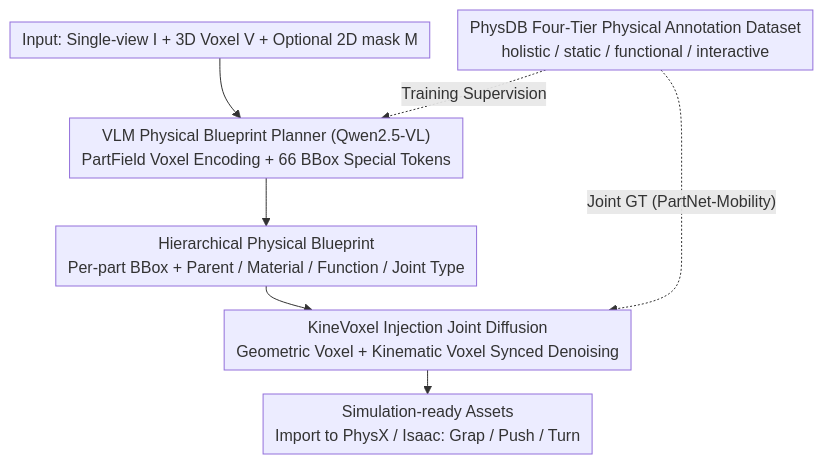
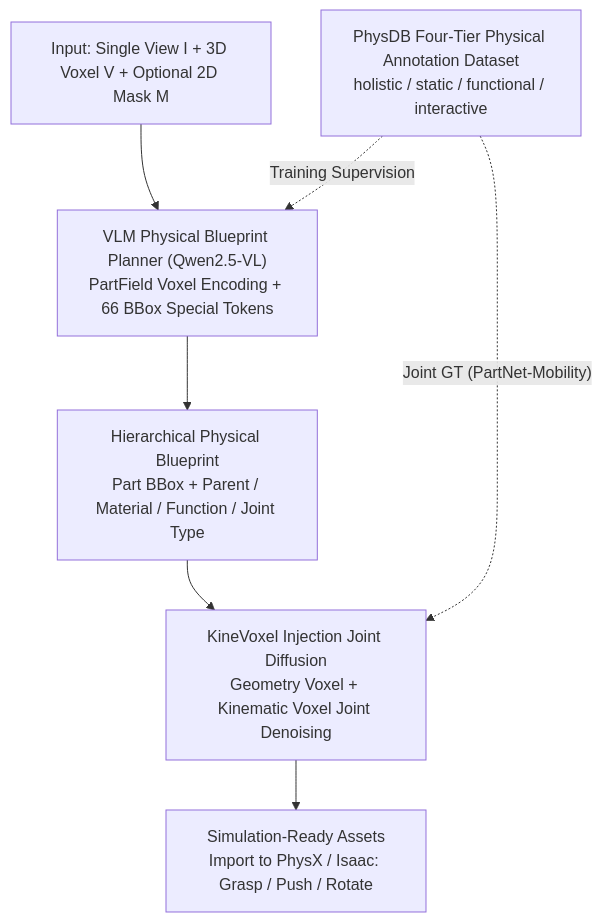
The diagram in docs/ICML2026/image_generation/physforge_generating_physics-grounded_3d_assets_for_interactive_virtual_world.md (zhaoyang97/Paper-Notes-en), drawn with Mermaid before and after one commit. The commit also changed other lines of this file and 5084 other files, not shown here.

````diff
--- a/docs/ICML2026/image_generation/physforge_generating_physics-grounded_3d_assets_for_interactive_virtual_world.md
+++ b/docs/ICML2026/image_generation/physforge_generating_physics-grounded_3d_assets_for_interactive_virtual_world.md
@@ -42,17 +42,16 @@
 ```mermaid
-%%{init: {'flowchart': {'rankSpacing': 24, 'nodeSpacing': 28, 'padding': 6, 'wrappingWidth': 400}}}%%
-flowchart TD
+graph TD
     DB["PhysDB Four-Tier Physical Annotation Dataset<br/>holistic / static / functional / interactive"]
-    IN["Input: Single-view I + 3D Voxel V + Optional 2D mask M"]
+    IN["Input: Single View I + 3D Voxel V + Optional 2D Mask M"]
     VLM["VLM Physical Blueprint Planner (Qwen2.5-VL)<br/>PartField Voxel Encoding + 66 BBox Special Tokens"]
-    BP["Hierarchical Physical Blueprint<br/>Per-part BBox + Parent / Material / Function / Joint Type"]
-    KVI["KineVoxel Injection Joint Diffusion<br/>Geometric Voxel + Kinematic Voxel Synced Denoising"]
-    OUT["Simulation-ready Assets<br/>Import to PhysX / Isaac: Grap / Push / Turn"]
+    BP["Hierarchical Physical Blueprint<br/>Part BBox + Parent / Material / Function / Joint Type"]
+    KVI["KineVoxel Injection Joint Diffusion<br/>Geometry Voxel + Kinematic Voxel Joint Denoising"]
+    OUT["Simulation-Ready Assets<br/>Import to PhysX / Isaac: Grasp / Push / Rotate"]
 
     IN --> VLM
     VLM --> BP
     BP --> KVI
     KVI --> OUT
     DB -.Training Supervision.-> VLM
     DB -.Joint GT (PartNet-Mobility).-> KVI
 ```
````
